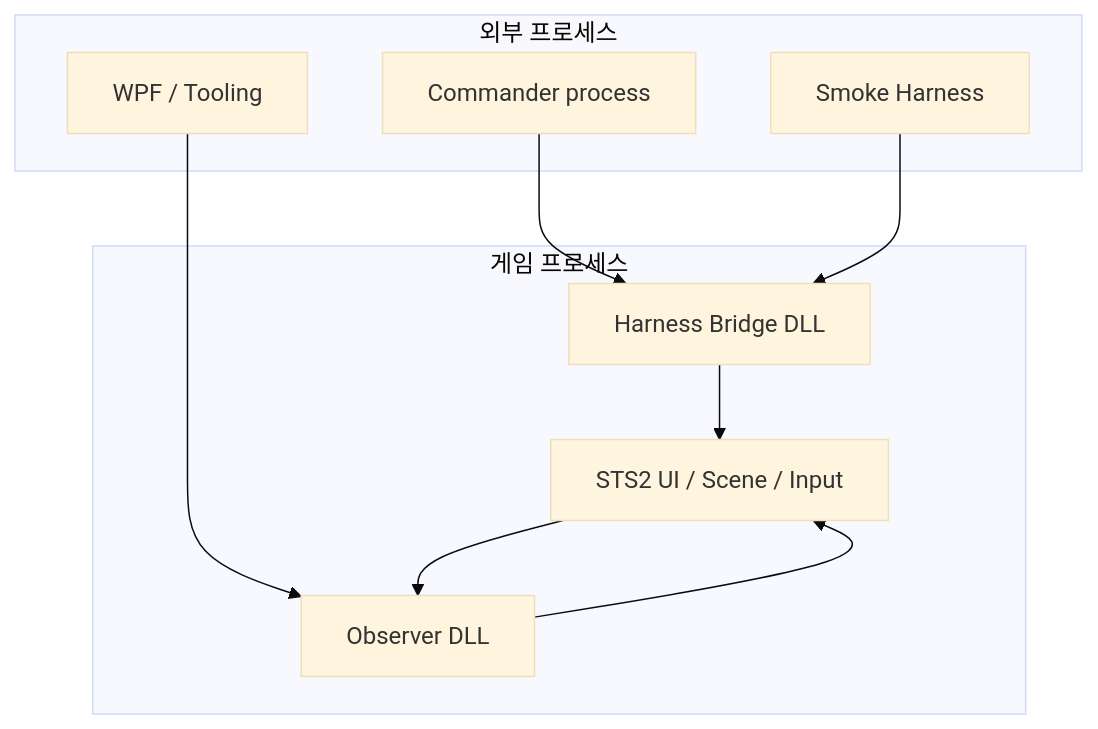
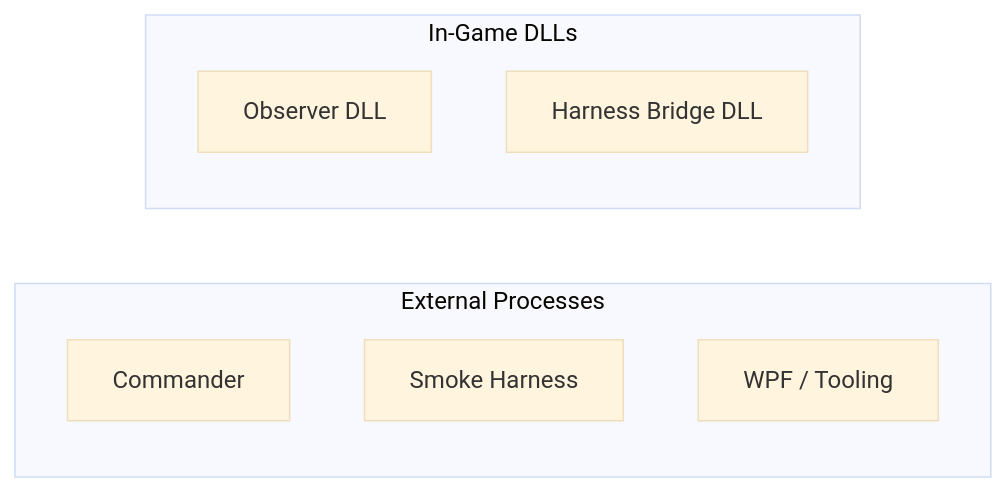
The first of 3 diagrams in docs/development/05-harness/HARNESS_LAYER_ARCHITECTURE.md (jidon333/STS2_Mod_AI_Companion), drawn with Mermaid (base theme) before and after one commit. The commit also changed other lines of this file and 5 other files, not shown here.

````diff
--- a/docs/development/05-harness/HARNESS_LAYER_ARCHITECTURE.md
+++ b/docs/development/05-harness/HARNESS_LAYER_ARCHITECTURE.md
@@ -42,21 +14,13 @@
 ```mermaid
-flowchart TD
-  subgraph OUT["외부 프로세스"]
-    CMD["Commander process"]
-    SH["Smoke Harness"]
-    WPF["WPF / Tooling"]
-  end
+flowchart LR
+    subgraph EXT[External Processes]
+        CMD[Commander]
+        SMK[Smoke Harness]
+        WPF[WPF / Tooling]
+    end
 
-  subgraph GAME["게임 프로세스"]
-    MOD["Observer DLL"]
-    BRIDGE["Harness Bridge DLL"]
-    UI["STS2 UI / Scene / Input"]
-  end
-
-  CMD --> BRIDGE
-  SH --> BRIDGE
-  WPF --> MOD
-  MOD --> UI
-  BRIDGE --> UI
-  UI --> MOD
+    subgraph GAME[In-Game DLLs]
+        OBS[Observer DLL]
+        BRG[Harness Bridge DLL]
+    end
 ```
````
